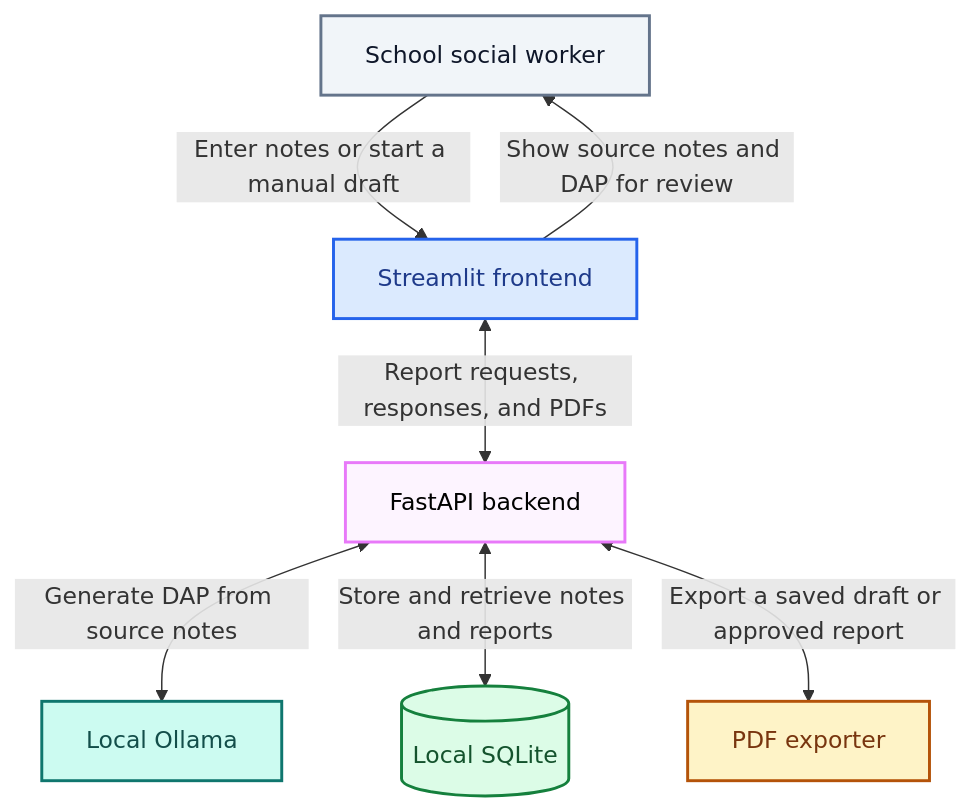
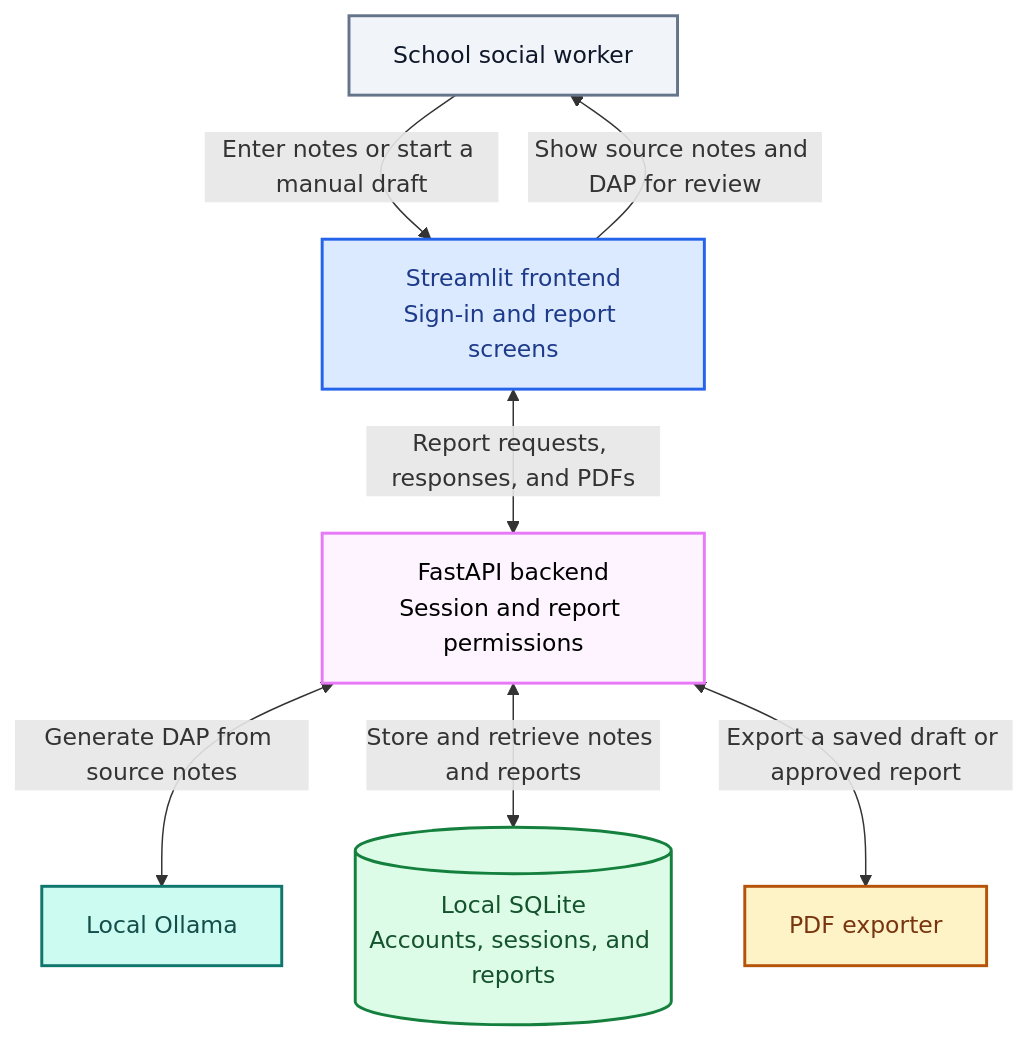
The first of 3 diagrams in README.md (OllieOzzy/cmsc495-social-worker-ai-assistant), drawn with Mermaid before and after one commit. The commit also changed other lines of this file and 2 other files, not shown here.

Commit message:
Document authentication setup architecture and unreleased changes.

````diff
--- a/README.md
+++ b/README.md
@@ -157,30 +224,30 @@
 ```mermaid
 flowchart TD
     Worker["School social worker"]
-    UI["Streamlit frontend"]
-    API["FastAPI backend"]
+    UI["Streamlit frontend<br/>Sign-in and report screens"]
+    API["FastAPI backend<br/>Session and report permissions"]
     AI["Local Ollama"]
-    DB[("Local SQLite")]
+    DB[("Local SQLite<br/>Accounts, sessions, and reports")]
     PDF["PDF exporter"]
 
     Worker -->|"Enter notes or start a manual draft"| UI
     UI -->|"Show source notes and DAP for review"| Worker
     UI <-->|"Report requests, responses, and PDFs"| API
     API <-->|"Generate DAP from source notes"| AI
     API <-->|"Store and retrieve notes and reports"| DB
     API <-->|"Export a saved draft or approved report"| PDF
 
     classDef user fill:#F1F5F9,stroke:#64748B,color:#0F172A,stroke-width:2px
     classDef frontend fill:#DBEAFE,stroke:#2563EB,color:#1E3A8A,stroke-width:2px
     classDef backend fill:#FDF4FF,stroke:#E879F9,color:#000000,stroke-width:2px
     classDef ai fill:#CCFBF1,stroke:#0F766E,color:#134E4A,stroke-width:2px
     classDef storage fill:#DCFCE7,stroke:#15803D,color:#14532D,stroke-width:2px
     classDef export fill:#FEF3C7,stroke:#B45309,color:#78350F,stroke-width:2px
 
     class Worker user
     class UI frontend
     class API backend
     class AI ai
     class DB storage
     class PDF export
 ```
````
